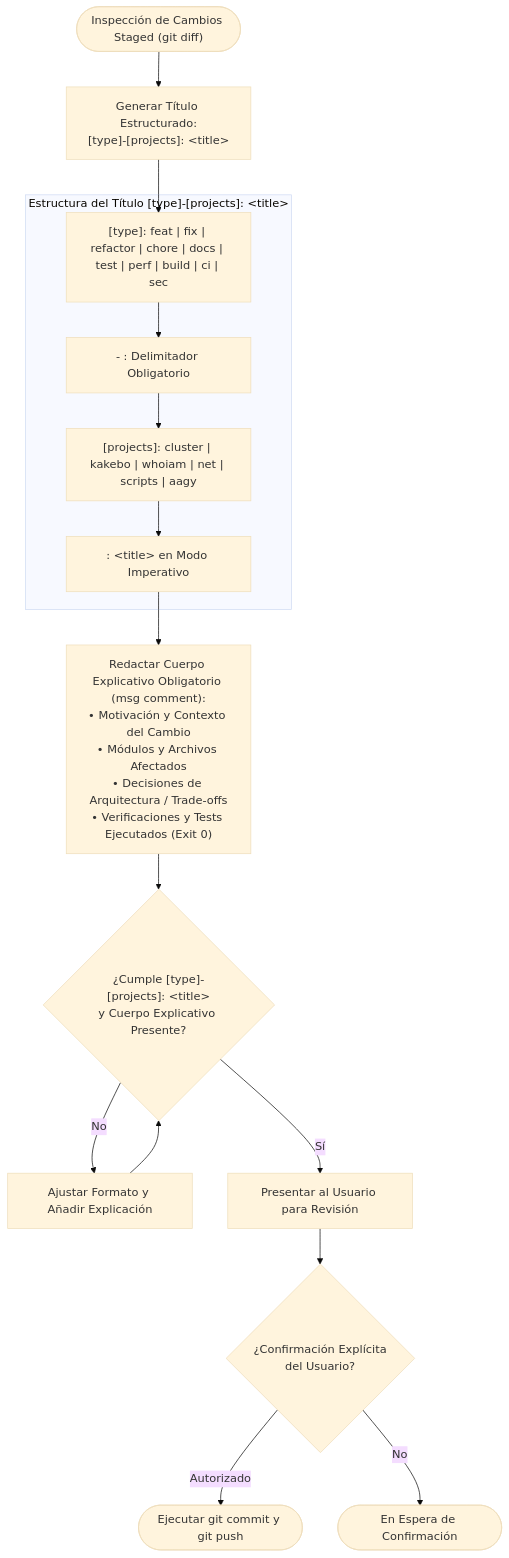
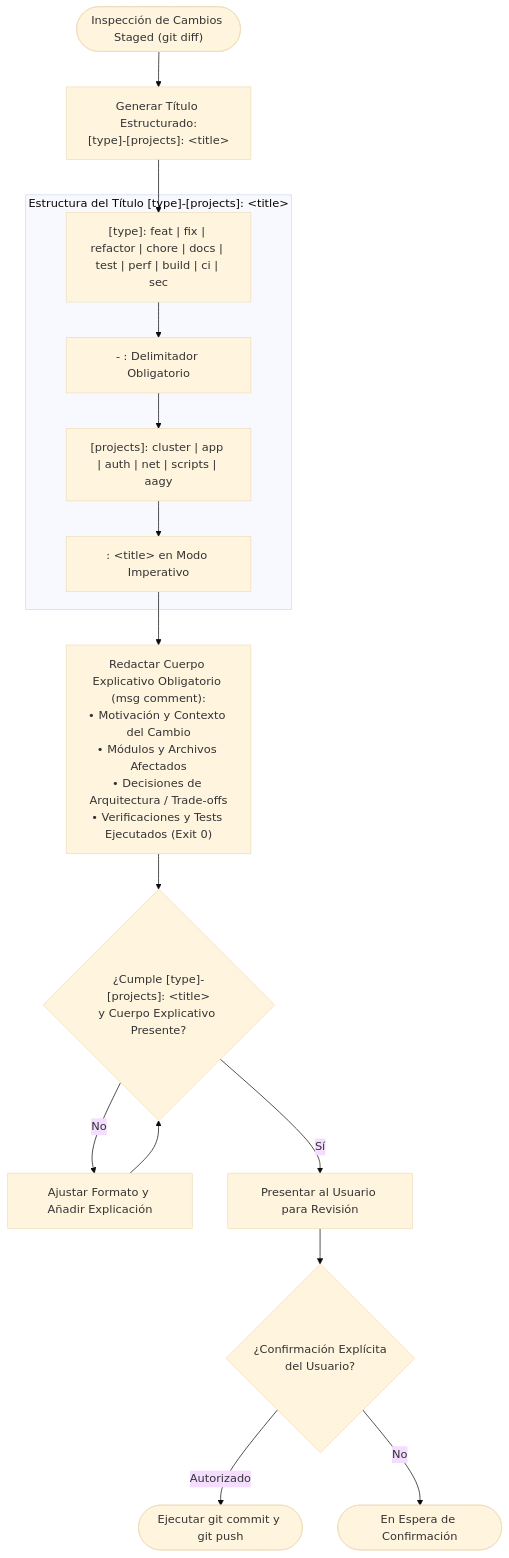
Before and after one commit to ACB75/aagy: the diagram in doc/03-domain-and-flows/dgrms/DGRM_aagy_commit_format_standard.mmd, drawn with Mermaid (base theme). The commit also changed 137 other files, not shown here.

First line of the commit message:
[refactor]-[aagy,aagy-ecc,scripts,doc]: sacar del repo las referencias a proyectos consumidores (#121)

```diff
--- a/doc/03-domain-and-flows/dgrms/DGRM_aagy_commit_format_standard.mmd
+++ b/doc/03-domain-and-flows/dgrms/DGRM_aagy_commit_format_standard.mmd
@@ -1,26 +1,26 @@
 flowchart TD
     Start(["Inspección de Cambios Staged (git diff)"]) --> DraftTitle["Generar Título Estructurado:<br/>[type]-[projects]: &lt;title&gt;"]
 
     subgraph TitleStructure["Estructura del Título [type]-[projects]: &lt;title&gt;"]
         Type["[type]: feat | fix | refactor | chore | docs | test | perf | build | ci | sec"]
         Hyphen["- : Delimitador Obligatorio"]
-        Projects["[projects]: cluster | kakebo | whoiam | net | scripts | aagy"]
+        Projects["[projects]: cluster | app | auth | net | scripts | aagy"]
         Colon[": &lt;title&gt; en Modo Imperativo"]
     end
 
     DraftTitle --> Type
     Type --> Hyphen
     Hyphen --> Projects
     Projects --> Colon
 
     Colon --> DraftBody["Redactar Cuerpo Explicativo Obligatorio (msg comment):<br/>• Motivación y Contexto del Cambio<br/>• Módulos y Archivos Afectados<br/>• Decisiones de Arquitectura / Trade-offs<br/>• Verificaciones y Tests Ejecutados (Exit 0)"]
 
     DraftBody --> ValidationGate{"¿Cumple [type]-[projects]: &lt;title&gt;<br/>y Cuerpo Explicativo Presente?"}
 
     ValidationGate -->|"No"| FixFormat["Ajustar Formato y Añadir Explicación"]
     FixFormat --> ValidationGate
 
     ValidationGate -->|"Sí"| UserReview["Presentar al Usuario para Revisión"]
     UserReview --> UserConfirm{"¿Confirmación Explícita<br/>del Usuario?"}
     UserConfirm -->|"Autorizado"| ExecCommit(["Ejecutar git commit y git push"])
     UserConfirm -->|"No"| Standby(["En Espera de Confirmación"])
```
